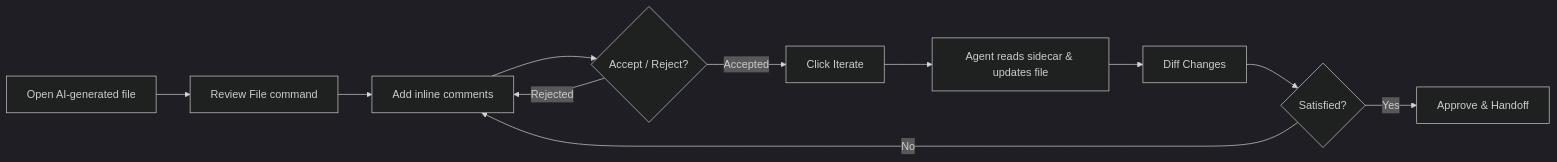
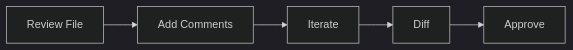
The diagram in README.md (franklima260/co-steer), drawn with Mermaid (dark theme) before and after one commit. The commit also changed other lines of this file and 1 other file, not shown here.

````diff
--- a/README.md
+++ b/README.md
@@ -15,13 +15,4 @@
 ```mermaid
 flowchart LR
-    A[Open AI-generated file] --> B[Review File command]
-    B --> C[Add inline comments]
-    C --> D{Accept / Reject?}
-    D -->|Accepted| E[Click Iterate]
-    D -->|Rejected| C
-    E --> F[Agent reads sidecar & updates file]
-    F --> G[Diff Changes]
-    G --> H{Satisfied?}
-    H -->|No| C
-    H -->|Yes| I[Approve & Handoff]
+    A[Review File] --> B[Add Comments] --> C[Iterate] --> D[Diff] --> E[Approve]
 ```
````
